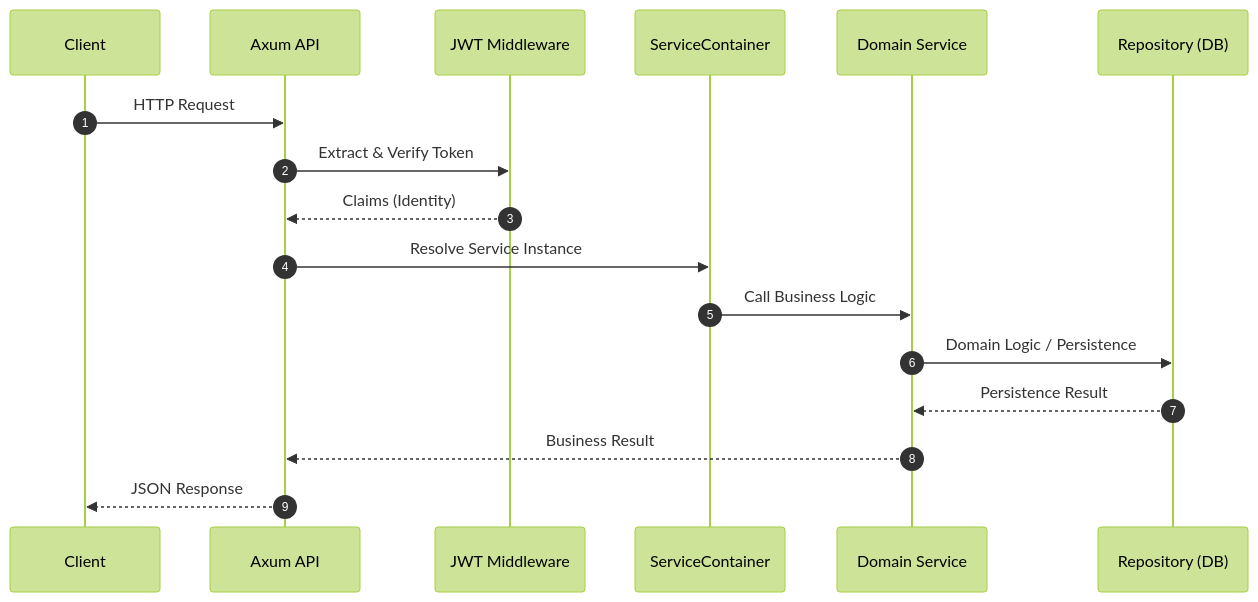
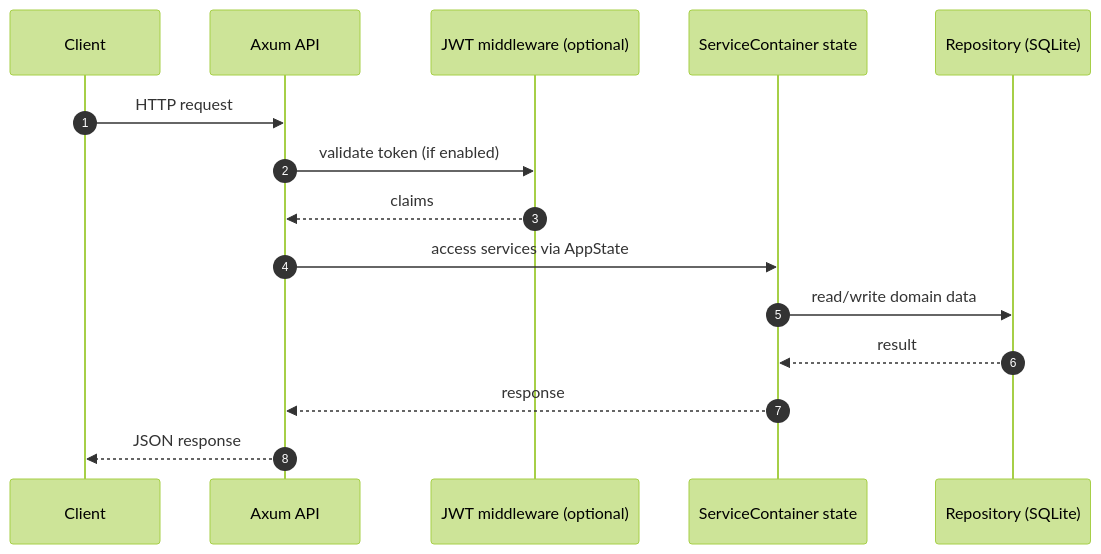
The third of 3 diagrams in rust-srec/docs/en/concepts/architecture.md (hua0512/rust-srec), drawn with Mermaid (forest theme) before and after one commit. The commit also changed other lines of this file and 28 other files, not shown here.

````diff
--- a/rust-srec/docs/en/concepts/architecture.md
+++ b/rust-srec/docs/en/concepts/architecture.md
@@ -109,20 +219,18 @@
 ```mermaid
 sequenceDiagram
-    autonumber
-    participant C as Client
-    participant A as Axum API
-    participant J as JWT Middleware
-    participant SC as ServiceContainer
-    participant S as Domain Service
-    participant D as Repository (DB)
-    
-    C->>A: HTTP Request
-    A->>J: Extract & Verify Token
-    J-->>A: Claims (Identity)
-    A->>SC: Resolve Service Instance
-    SC->>S: Call Business Logic
-    S->>D: Domain Logic / Persistence
-    D-->>S: Persistence Result
-    S-->>A: Business Result
-    A-->>C: JSON Response
+  autonumber
+  participant C as Client
+  participant A as Axum API
+  participant J as JWT middleware (optional)
+  participant S as ServiceContainer state
+  participant R as Repository (SQLite)
+
+  C->>A: HTTP request
+  A->>J: validate token (if enabled)
+  J-->>A: claims
+  A->>S: access services via AppState
+  S->>R: read/write domain data
+  R-->>S: result
+  S-->>A: response
+  A-->>C: JSON response
 ```
````
